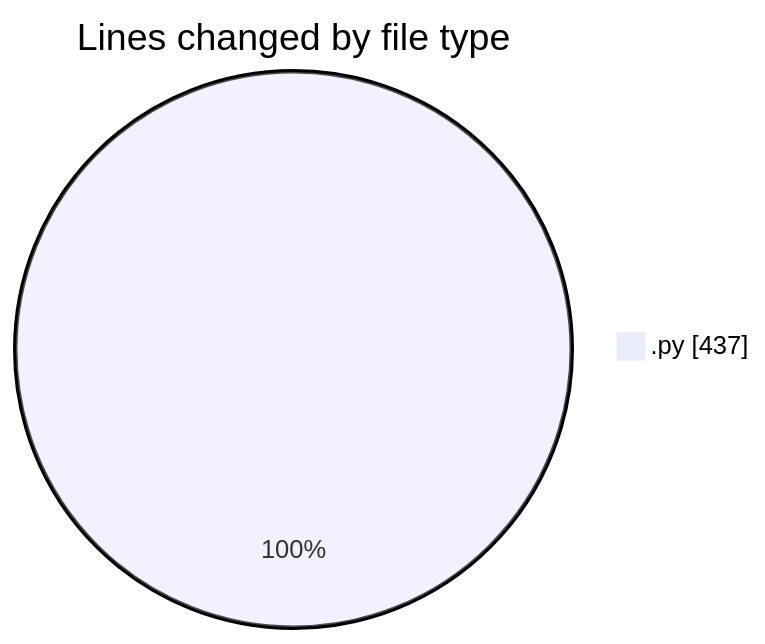
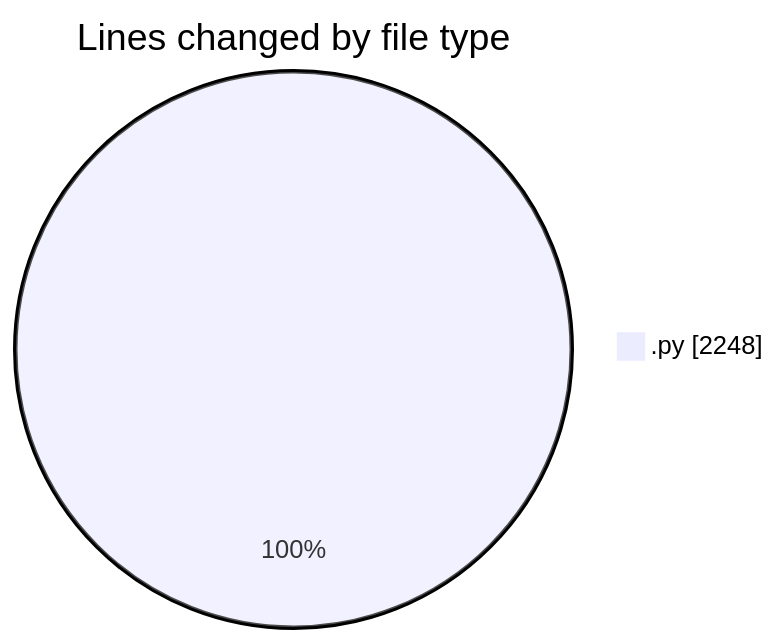
The first of 2 diagrams in 2025-11-21/eventscop-api-guide__workspace_/README.md (julien-gomy/code-tracking), drawn with Mermaid before and after one commit. The commit also changed other lines of this file and 1 other file, not shown here.

````diff
--- a/2025-11-21/eventscop-api-guide__workspace_/README.md
+++ b/2025-11-21/eventscop-api-guide__workspace_/README.md
@@ -26,5 +28,5 @@
 ```mermaid
 pie showData
 title Lines changed by file type
-".py" : 437
+".py" : 2248
 ```
````
